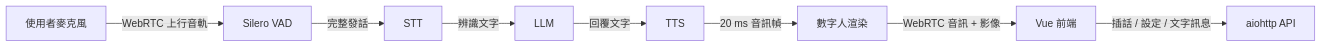
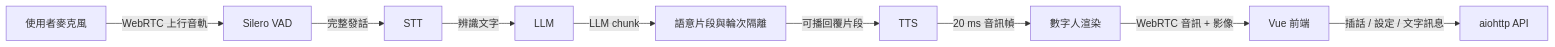
Before and after one commit to s0966066980/Linly-Talker-Stream: the diagram in README.md, drawn with Mermaid. The commit also changed other lines of this file and 9 other files, not shown here.

Commit message:
docs: sync project status and roadmap

````diff
--- a/README.md
+++ b/README.md
@@ -9,10 +9,11 @@
 ```mermaid
 flowchart LR
     U[使用者麥克風] -->|WebRTC 上行音軌| V[Silero VAD]
     V -->|完整發話| S[STT]
     S -->|辨識文字| L[LLM]
-    L -->|回覆文字| T[TTS]
+    L -->|LLM chunk| F[語意片段與輪次隔離]
+    F -->|可播回覆片段| T[TTS]
     T -->|20 ms 音訊幀| A[數字人渲染]
     A -->|WebRTC 音訊 + 影像| B[Vue 前端]
     B -->|插話 / 設定 / 文字訊息| R[aiohttp API]
 ```
````
